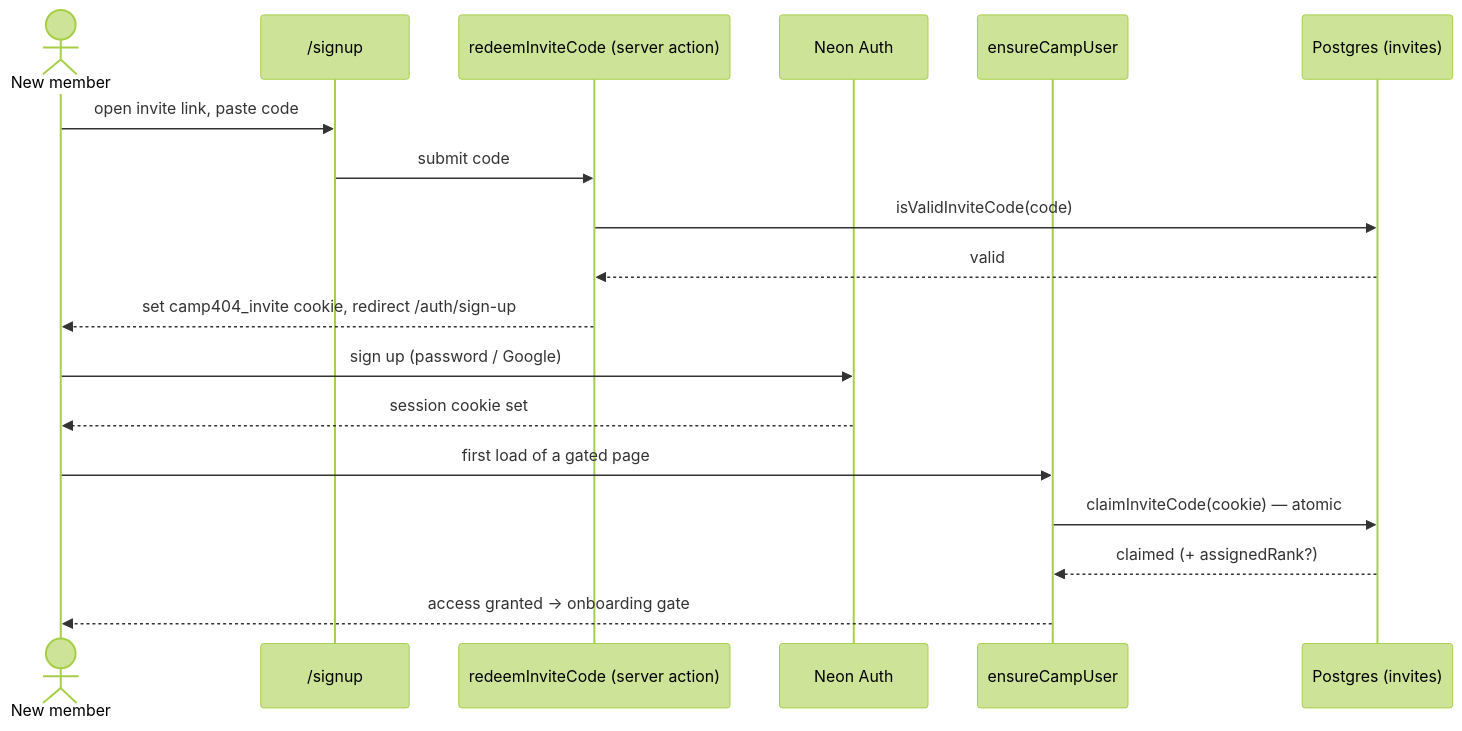
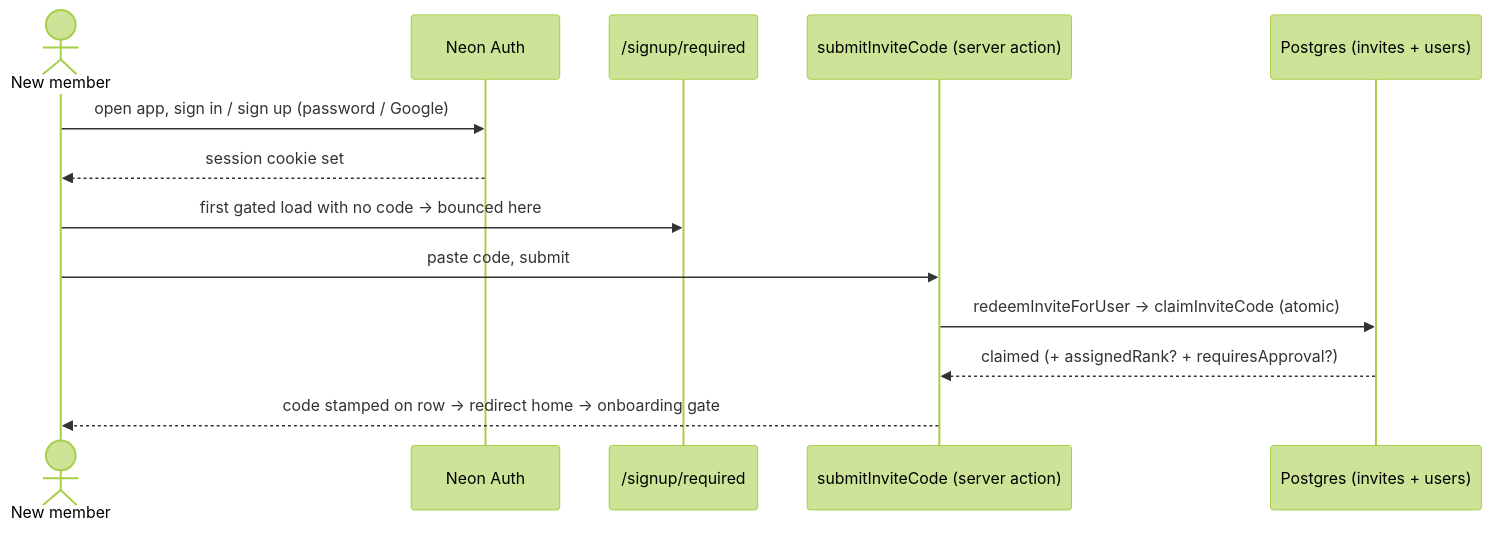
Before and after one commit to RyRy79261/camp-404: the third of 9 diagrams in docs/user-journey.md, drawn with Mermaid (forest theme). The commit also changed other lines of this file and 10 other files, not shown here.

````diff
--- a/docs/user-journey.md
+++ b/docs/user-journey.md
@@ -97,21 +103,16 @@
 ```mermaid
 sequenceDiagram
     actor U as New member
-    participant SP as /signup
-    participant SA as redeemInviteCode (server action)
     participant NA as Neon Auth
-    participant APP as ensureCampUser
-    participant DB as Postgres (invites)
+    participant SR as /signup/required
+    participant SA as submitInviteCode (server action)
+    participant DB as Postgres (invites + users)
 
-    U->>SP: open invite link, paste code
-    SP->>SA: submit code
-    SA->>DB: isValidInviteCode(code)
-    DB-->>SA: valid
-    SA-->>U: set camp404_invite cookie, redirect /auth/sign-up
-    U->>NA: sign up (password / Google)
+    U->>NA: open app, sign in / sign up (password / Google)
     NA-->>U: session cookie set
-    U->>APP: first load of a gated page
-    APP->>DB: claimInviteCode(cookie) — atomic
-    DB-->>APP: claimed (+ assignedRank?)
-    APP-->>U: access granted → onboarding gate
+    U->>SR: first gated load with no code → bounced here
+    U->>SA: paste code, submit
+    SA->>DB: redeemInviteForUser → claimInviteCode (atomic)
+    DB-->>SA: claimed (+ assignedRank? + requiresApproval?)
+    SA-->>U: code stamped on row → redirect home → onboarding gate
 ```
````
